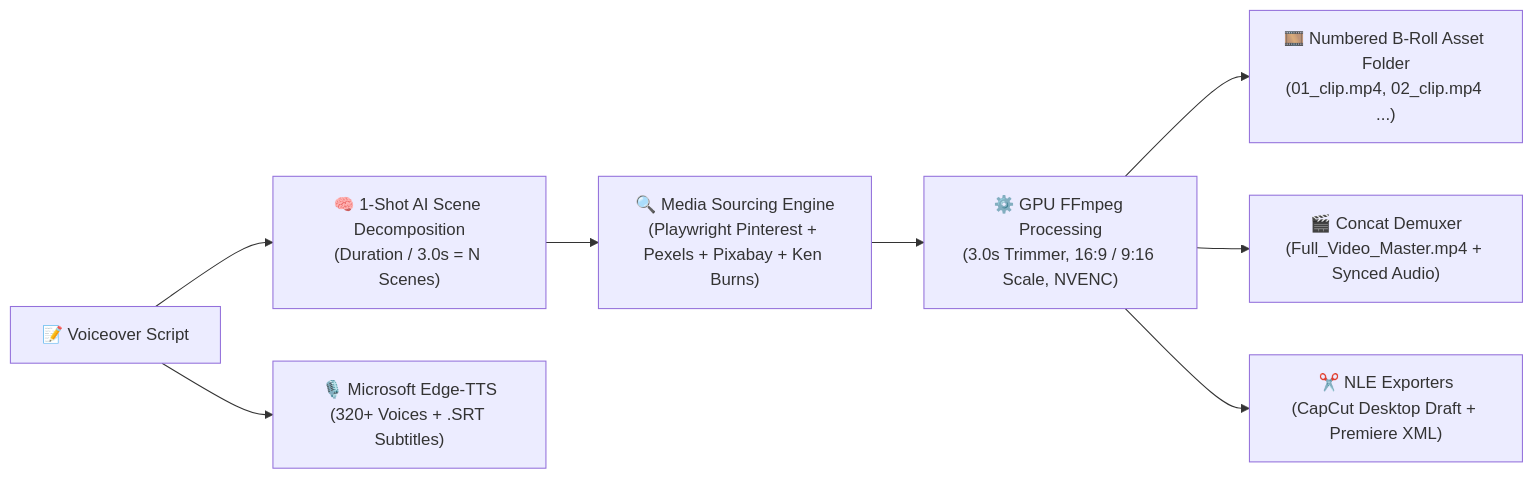
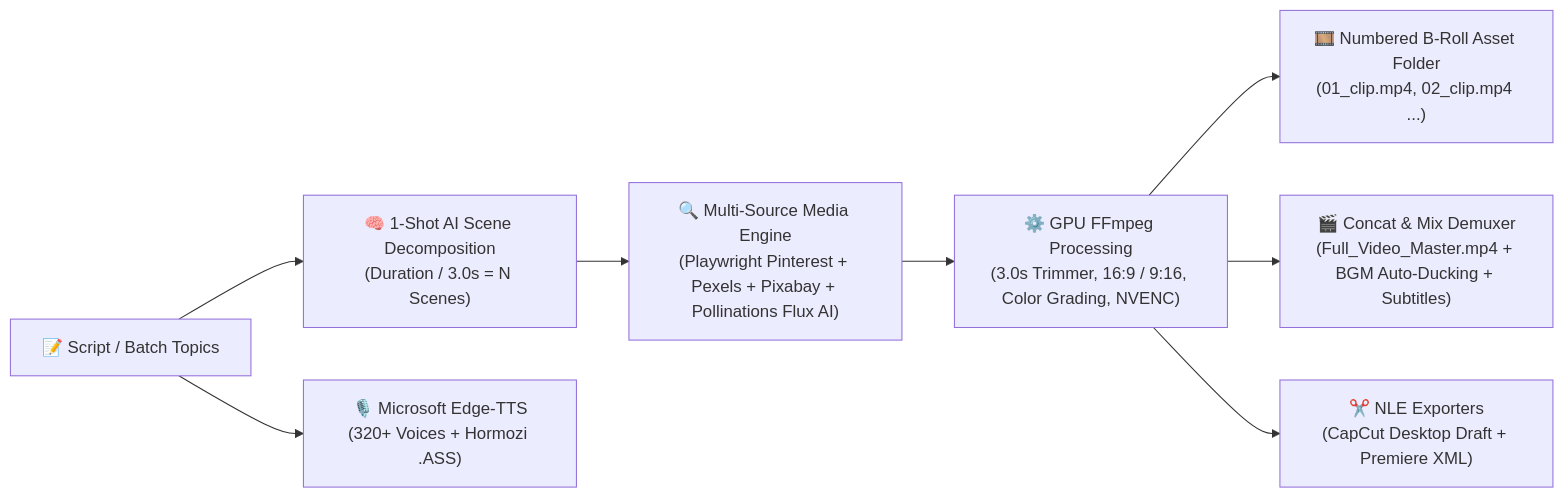
One commit to AliRash3ed/Rotodraft-Suite-AI-Automated-Broll-and-AI-Assets-Collector-Engine changed the diagram in README.md. Above: the diagram before and after it, drawn with Mermaid. The commit also changed other lines of this file, not shown here.

Commit message:
Release: README.md (Hormozi Captions, Batch Channel Factory & Color Grading)

````diff
--- a/README.md
+++ b/README.md
@@ -48,13 +50,13 @@
 ```mermaid
 flowchart LR
-    A["📝 Voiceover Script"] --> B["🧠 1-Shot AI Scene Decomposition\n(Duration / 3.0s = N Scenes)"]
-    A --> C["🎙️ Microsoft Edge-TTS\n(320+ Voices + .SRT Subtitles)"]
+    A["📝 Script / Batch Topics"] --> B["🧠 1-Shot AI Scene Decomposition\n(Duration / 3.0s = N Scenes)"]
+    A --> C["🎙️ Microsoft Edge-TTS\n(320+ Voices + Hormozi .ASS)"]
     
-    B --> D["🔍 Media Sourcing Engine\n(Playwright Pinterest + Pexels + Pixabay + Ken Burns)"]
+    B --> D["🔍 Multi-Source Media Engine\n(Playwright Pinterest + Pexels + Pixabay + Pollinations Flux AI)"]
     
-    D --> E["⚙️ GPU FFmpeg Processing\n(3.0s Trimmer, 16:9 / 9:16 Scale, NVENC)"]
+    D --> E["⚙️ GPU FFmpeg Processing\n(3.0s Trimmer, 16:9 / 9:16, Color Grading, NVENC)"]
     
     E --> F["🎞️ Numbered B-Roll Asset Folder\n(01_clip.mp4, 02_clip.mp4 ...)"]
-    E --> G["🎬 Concat Demuxer\n(Full_Video_Master.mp4 + Synced Audio)"]
+    E --> G["🎬 Concat & Mix Demuxer\n(Full_Video_Master.mp4 + BGM Auto-Ducking + Subtitles)"]
     E --> H["✂️ NLE Exporters\n(CapCut Desktop Draft + Premiere XML)"]
 ```
````
